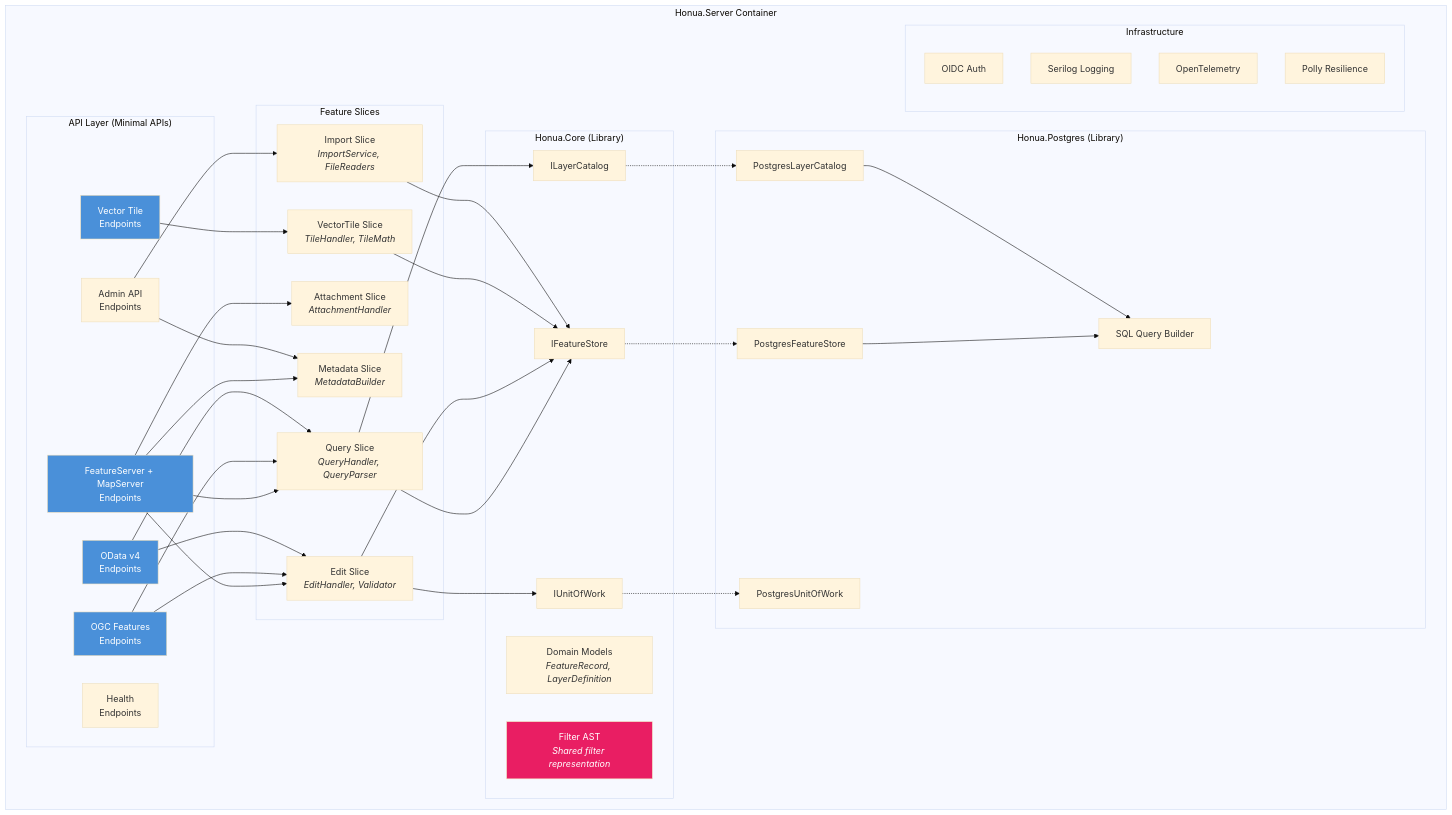
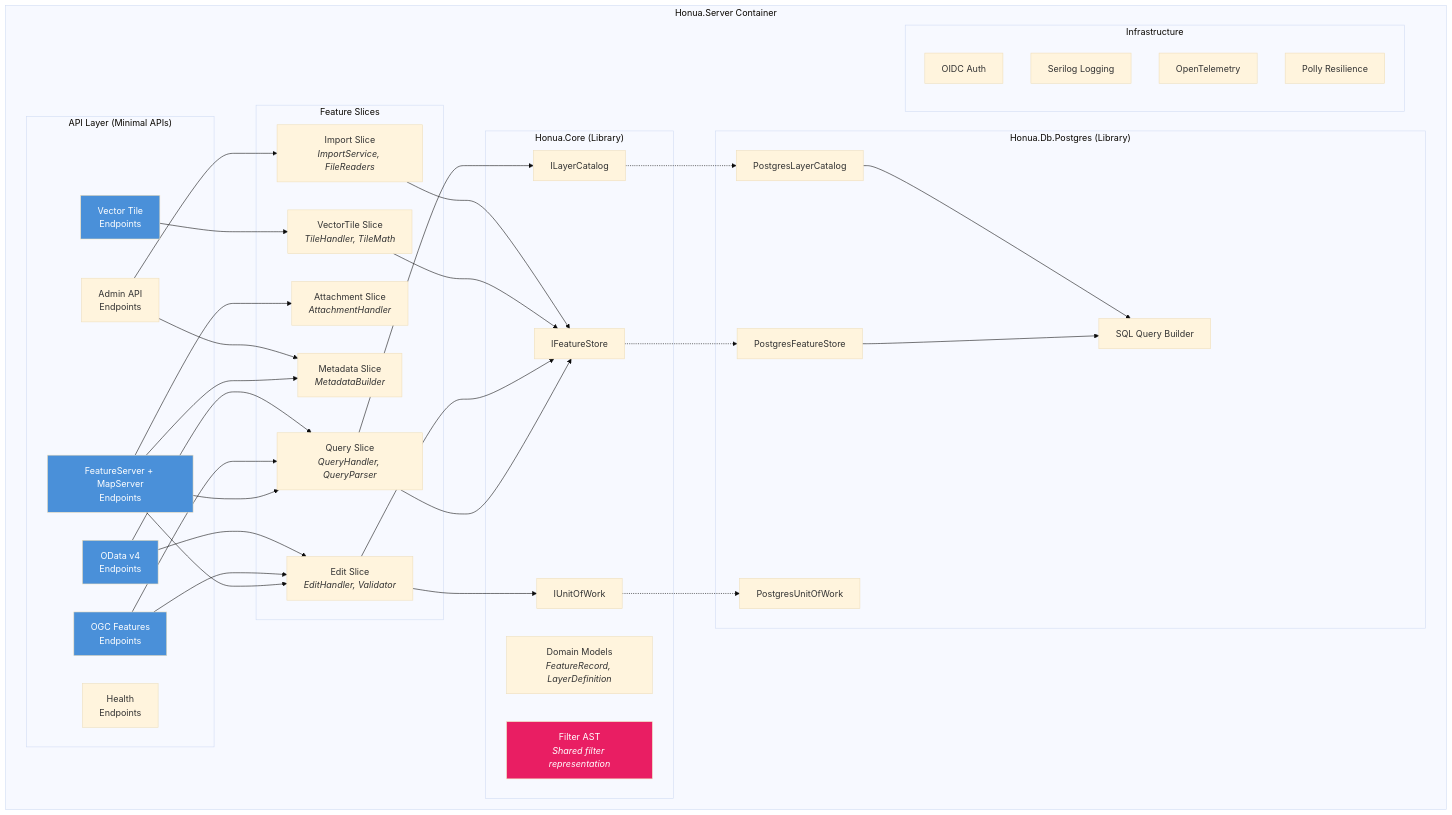
Before and after one commit to honua-io/honua-server: the fourth of 12 diagrams in docs/internal/contributor/ARCHITECTURE_DIAGRAMS.md, drawn with Mermaid (base theme). The commit also changed 648 other files, not shown here.

````diff
--- a/docs/internal/contributor/ARCHITECTURE_DIAGRAMS.md
+++ b/docs/internal/contributor/ARCHITECTURE_DIAGRAMS.md
@@ -122,76 +122,76 @@
 ```mermaid
 graph TB
     subgraph "Honua.Server Container"
         subgraph "API Layer (Minimal APIs)"
             FS[FeatureServer + MapServer<br/>Endpoints]
             OGC[OGC Features<br/>Endpoints]
             OData[OData v4<br/>Endpoints]
             MVT[Vector Tile<br/>Endpoints]
             AdminAPI[Admin API<br/>Endpoints]
             Health[Health<br/>Endpoints]
         end
 
         subgraph "Feature Slices"
             Query[Query Slice<br/><i>QueryHandler, QueryParser</i>]
             Edit[Edit Slice<br/><i>EditHandler, Validator</i>]
             Attach[Attachment Slice<br/><i>AttachmentHandler</i>]
             Tiles[VectorTile Slice<br/><i>TileHandler, TileMath</i>]
             Import[Import Slice<br/><i>ImportService, FileReaders</i>]
             Meta[Metadata Slice<br/><i>MetadataBuilder</i>]
         end
 
         subgraph "Honua.Core (Library)"
             Store[IFeatureStore]
             Catalog[ILayerCatalog]
             UoW[IUnitOfWork]
             Models[Domain Models<br/><i>FeatureRecord, LayerDefinition</i>]
             FilterAST[Filter AST<br/><i>Shared filter representation</i>]
         end
 
-        subgraph "Honua.Postgres (Library)"
+        subgraph "Honua.Db.Postgres (Library)"
             PgStore[PostgresFeatureStore]
             PgCatalog[PostgresLayerCatalog]
             PgUoW[PostgresUnitOfWork]
             SqlBuilder[SQL Query Builder]
         end
 
         subgraph "Infrastructure"
             Auth[OIDC Auth]
             Logging[Serilog Logging]
             OTel[OpenTelemetry]
             Resilience[Polly Resilience]
         end
     end
 
     FS --> Query
     FS --> Edit
     FS --> Attach
     FS --> Meta
     OGC --> Query
     OGC --> Edit
     OData --> Query
     OData --> Edit
     MVT --> Tiles
     AdminAPI --> Import
     AdminAPI --> Meta
 
     Query --> Store
     Query --> Catalog
     Edit --> Store
     Edit --> UoW
     Tiles --> Store
     Import --> Store
 
     Store -.-> PgStore
     Catalog -.-> PgCatalog
     UoW -.-> PgUoW
 
     PgStore --> SqlBuilder
     PgCatalog --> SqlBuilder
 
     style FS fill:#4A90D9,color:#fff
     style OGC fill:#4A90D9,color:#fff
     style OData fill:#4A90D9,color:#fff
     style MVT fill:#4A90D9,color:#fff
     style FilterAST fill:#E91E63,color:#fff
 ```
````
